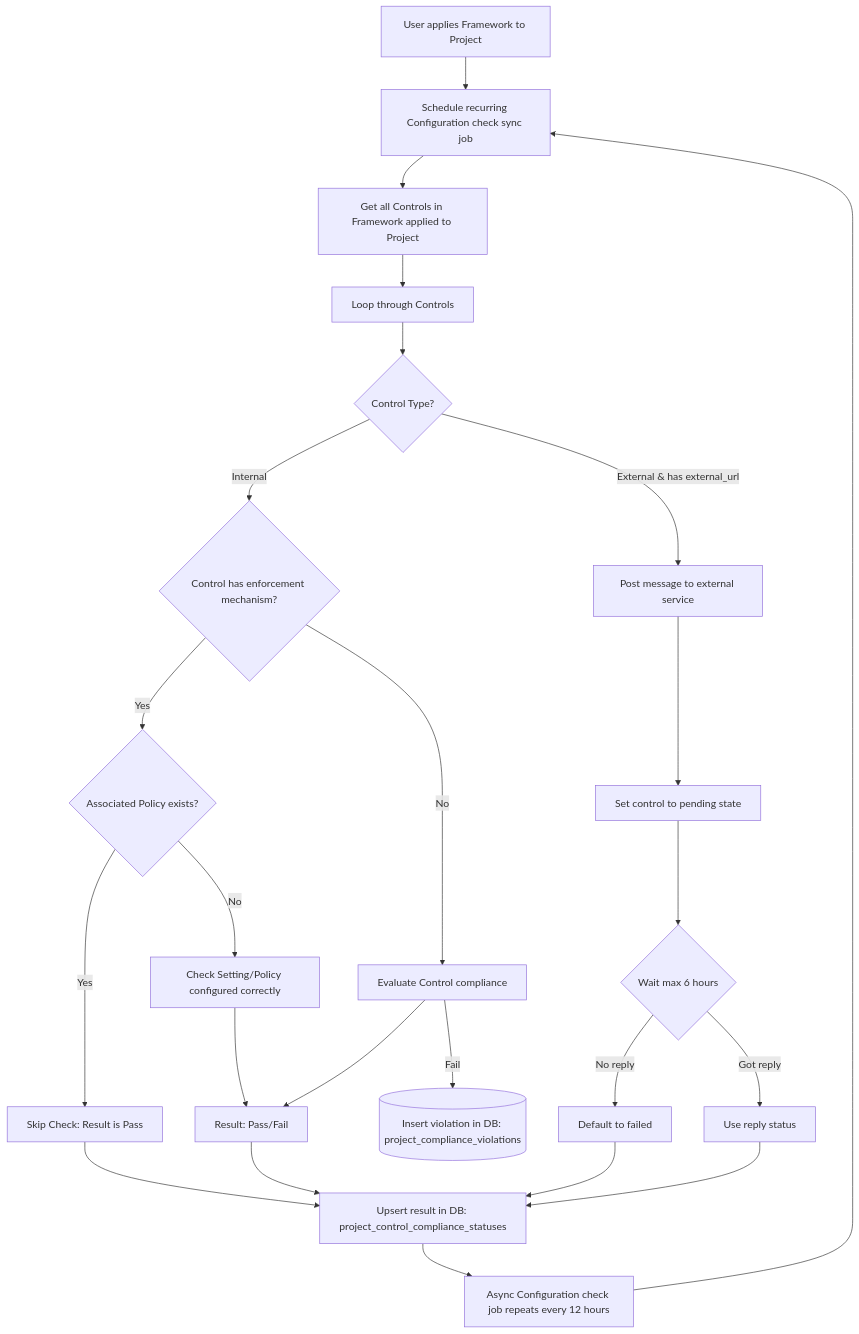
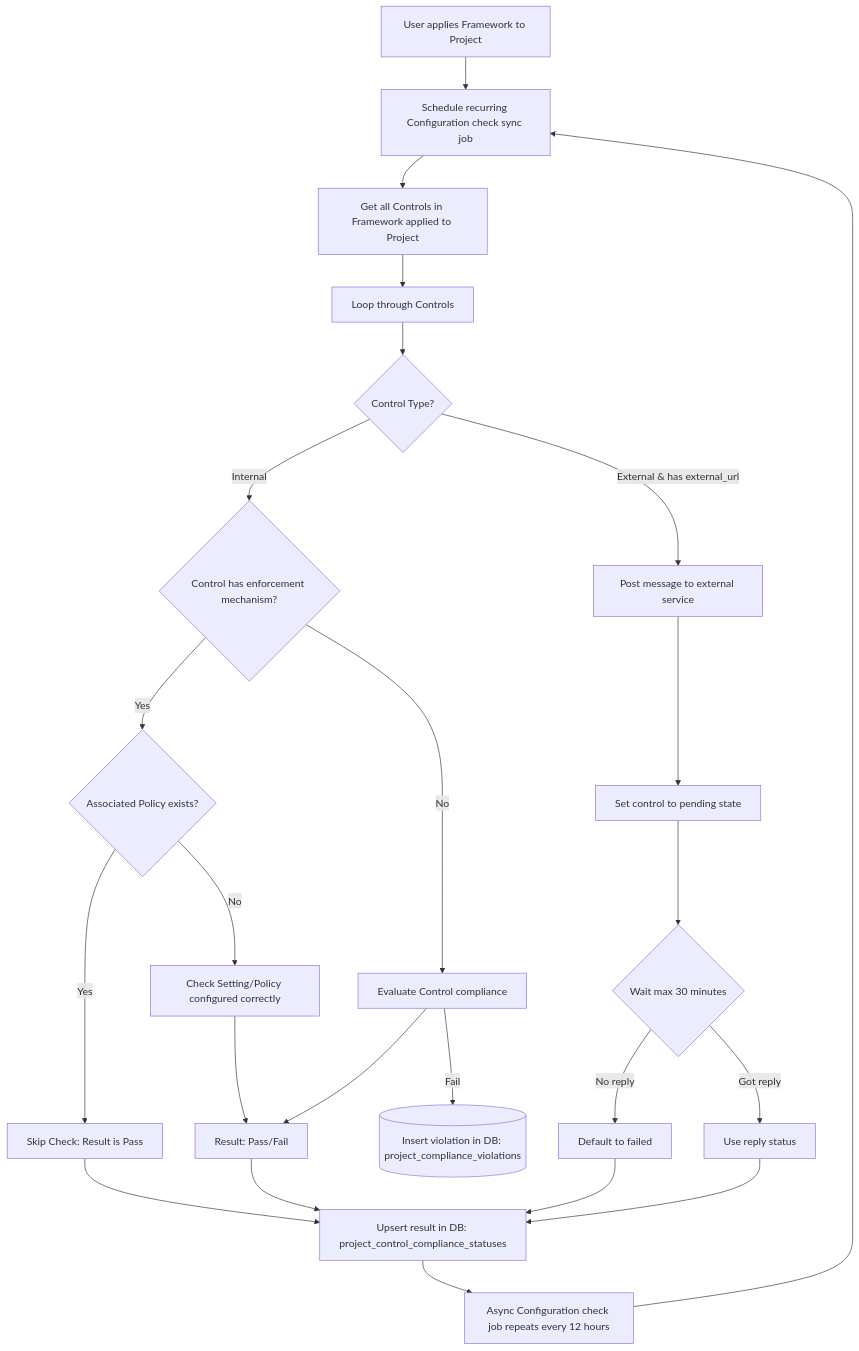
One commit to zalyoung/gitlab-handbook changed the third of 4 diagrams in content/handbook/engineering/architecture/design-documents/compliance-frameworks/_index.md. Above: the diagram before and after it, drawn with Mermaid.

Commit message:
Change timeout to 30 min in diagram

````diff
--- a/content/handbook/engineering/architecture/design-documents/compliance-frameworks/_index.md
+++ b/content/handbook/engineering/architecture/design-documents/compliance-frameworks/_index.md
@@ -444,32 +444,32 @@
 ```mermaid
 flowchart TD
     F[User applies Framework to Project] --> G[Schedule recurring Configuration check sync job]
     G --> H[Get all Controls in Framework applied to Project]
     H --> I[Loop through Controls]
 
     I --> TYPE{Control Type?}
     TYPE -- Internal --> J{Control has enforcement mechanism?}
     TYPE -- External & has external_url --> EXT[Post message to external service]
 
     EXT --> PEND[Set control to pending state]
-    PEND --> WAIT{Wait max 6 hours}
+    PEND --> WAIT{Wait max 30 minutes}
     WAIT -->|No reply| FAIL[Default to failed]
     WAIT -->|Got reply| REPLY[Use reply status]
 
     FAIL --> Q
     REPLY --> Q
 
     J -- Yes --> K{Associated Policy exists?}
     K -- Yes --> L[Skip Check: Result is Pass]
     K -- No --> M[Check Setting/Policy configured correctly]
     J -- No --> N[Evaluate Control compliance]
 
     M --> O[Result: Pass/Fail]
     N --> O
     O --> Q[Upsert result in DB: project_control_compliance_statuses]
     L --> Q
     N -- Fail --> S[Insert violation in DB: project_compliance_violations]@{ shape: cyl }
 
     Q --> T[Async Configuration check job repeats every 12 hours]
     T --> G
 ```
````
